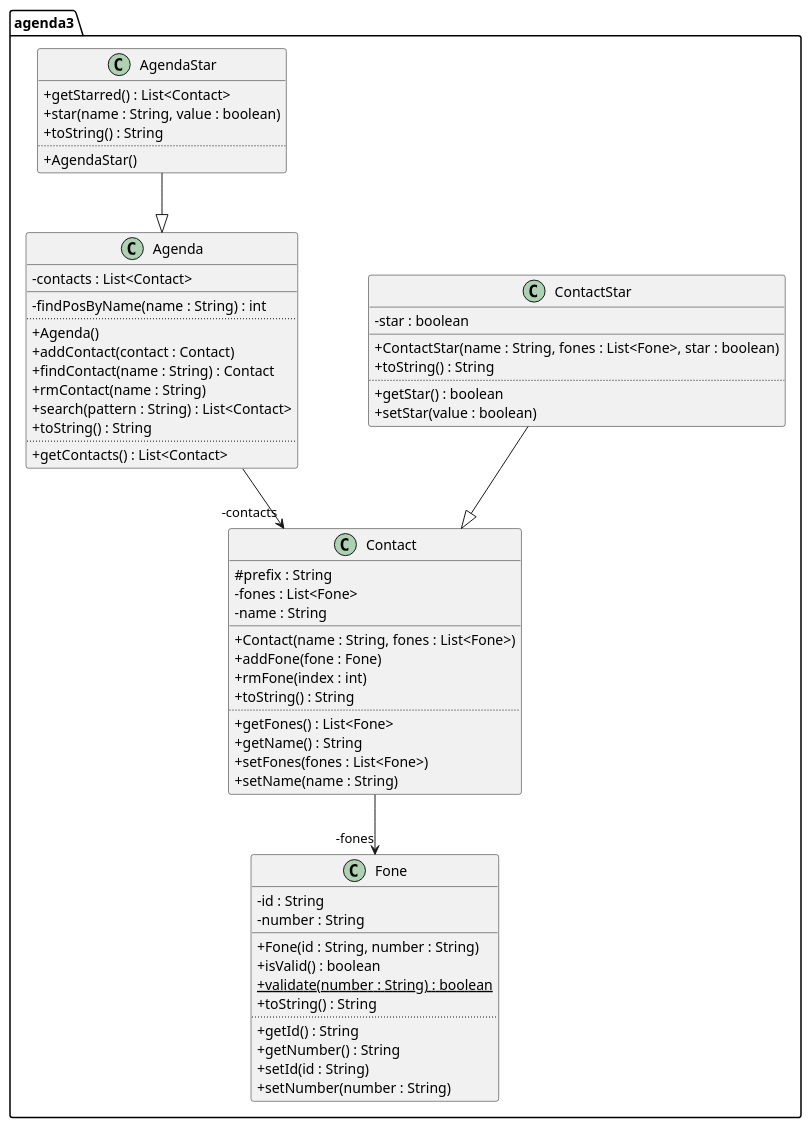
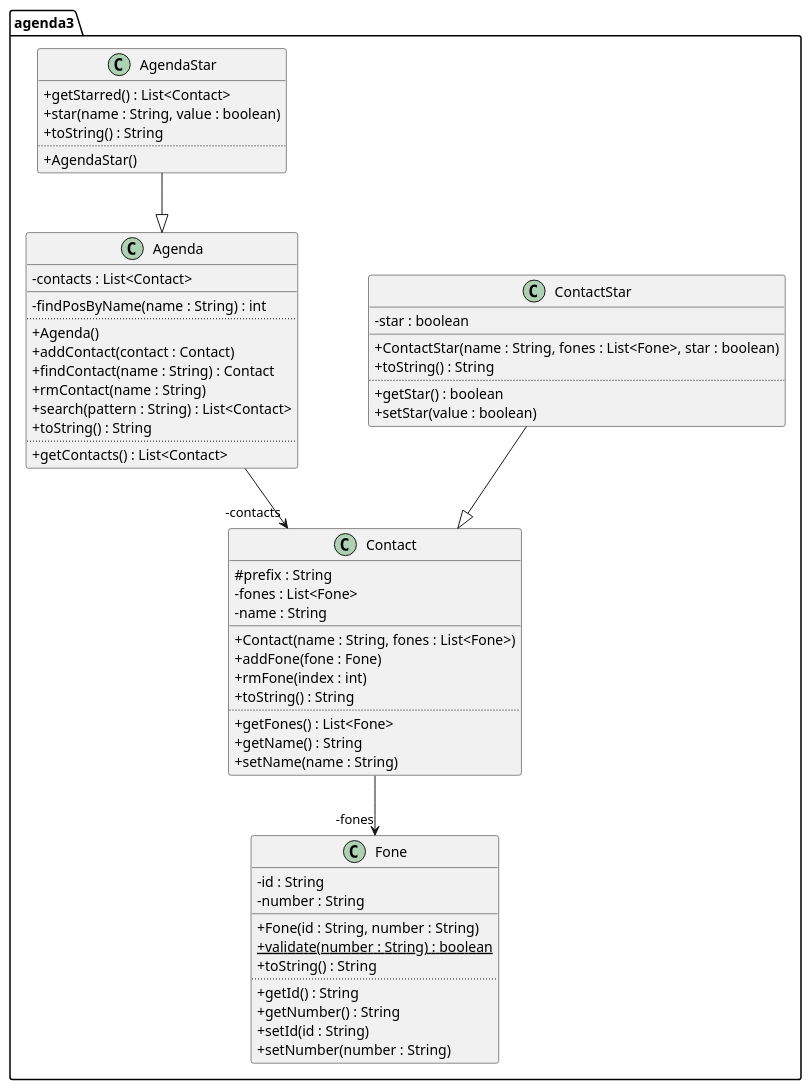
Before and after one commit to Atilio-Luiz/poo_es_2021: the diagram in trabalhos/09_1/diagrama.wsd, drawn with PlantUML. The commit also changed 3 other files, not shown here.

```diff
--- a/trabalhos/09_1/diagrama.wsd
+++ b/trabalhos/09_1/diagrama.wsd
@@ -1,73 +1,71 @@
 @startuml diagrama
 '!theme resume-light
 skinparam classAttributeIconSize 0
 hide empty methods
 hide empty attributes
 skinparam nodesep 70
 skinparam ranksep 60
 package agenda3 {
 class Agenda {
     - contacts : List<Contact>
     __
     - findPosByName(name : String) : int
     ..
     + Agenda()
     + addContact(contact : Contact)
     + findContact(name : String) : Contact 
     + rmContact(name : String)
     + search(pattern : String) : List<Contact>
     + toString() : String 
     ..
     + getContacts() : List<Contact>
 }
 class Contact {
     # prefix : String 
     - fones : List<Fone>
     - name : String 
     __
     + Contact(name : String, fones : List<Fone>)
     + addFone(fone : Fone) 
     + rmFone(index : int)
     + toString() : String 
     ..
     + getFones() : List<Fone> 
     + getName() : String 
-    + setFones(fones : List<Fone>)
     + setName(name : String)
 }
 class Fone {
     - id : String 
     - number : String 
     __
-    + Fone(id : String, number : String)
-    + isValid() : boolean 
+    + Fone(id : String, number : String) 
     + {static} validate(number : String) : boolean 
     + toString() : String
     ..
     + getId() : String 
     + getNumber() : String 
     + setId(id : String)
     + setNumber(number : String)
 }
 class ContactStar {
     - star : boolean
     __
     + ContactStar(name : String, fones : List<Fone>, star : boolean)
     + toString() : String 
     ..
     + getStar() : boolean 
     +setStar(value : boolean)
 }
 class AgendaStar {
     + getStarred() : List<Contact>
     + star(name : String, value : boolean)
     + toString() : String 
     ..
     + AgendaStar()
 }
 Agenda --> "-contacts" Contact
 Contact --> "-fones" Fone 
 ContactStar --|> Contact
 AgendaStar --|> Agenda
 }
 @enduml
```
